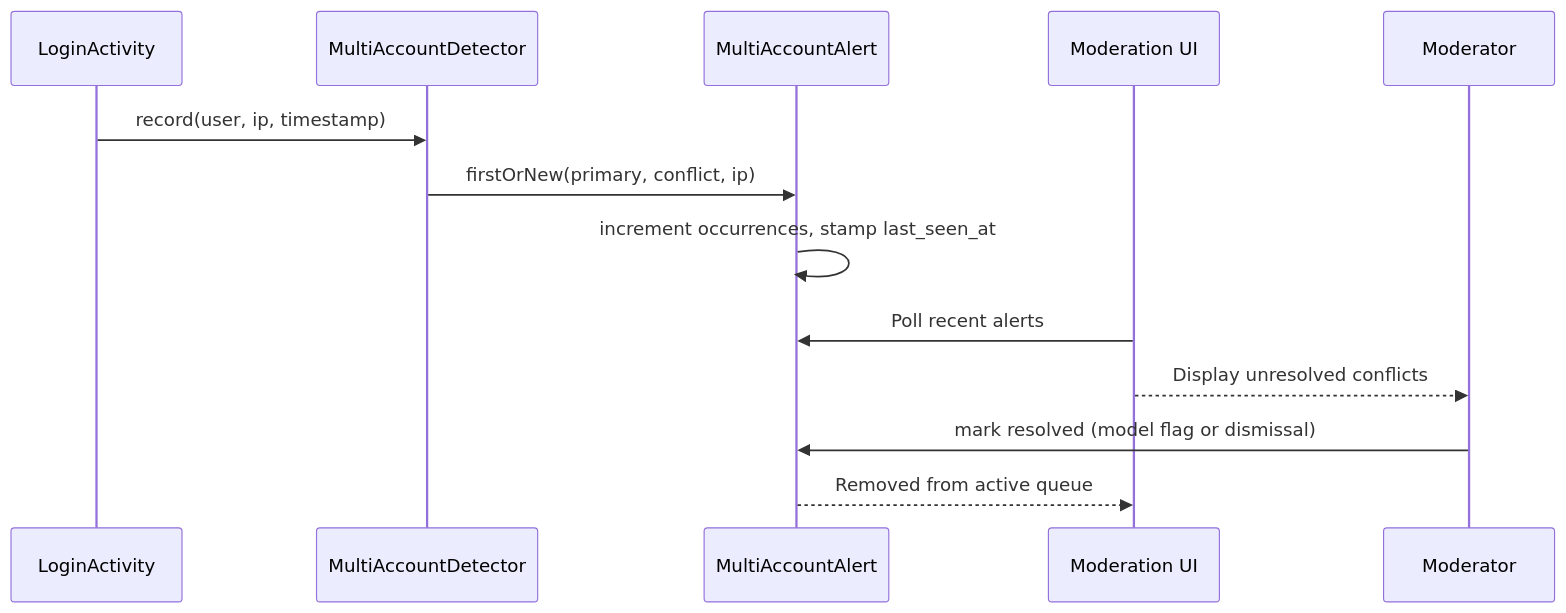
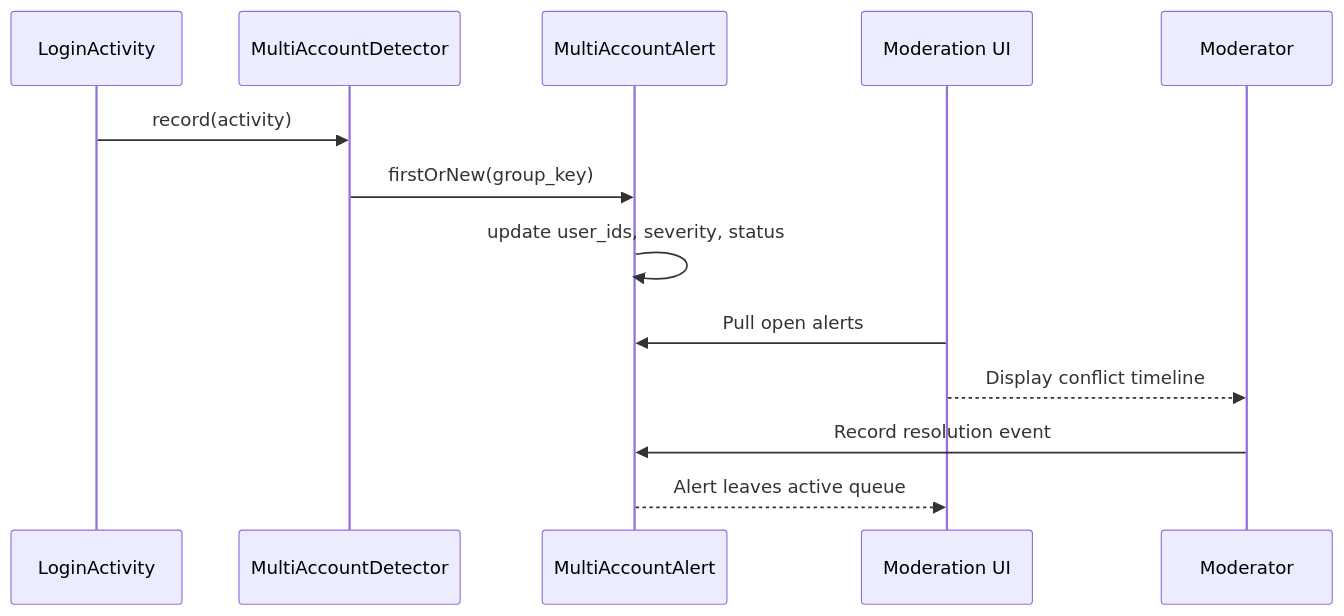
Before and after one commit to goleaf/traviant46.prus.dev: the fourth of 4 diagrams in README.md, drawn with Mermaid. The commit also changed other lines of this file and 16 other files, not shown here.

First line of the commit message:
Refactor DelegationRevoked Event and Enhance User Data Exports Migration

````diff
--- a/README.md
+++ b/README.md
@@ -105,15 +105,15 @@
 ```mermaid
 sequenceDiagram
     participant Login as LoginActivity
     participant Detector as MultiAccountDetector
     participant Alerts as MultiAccountAlert
     participant Moderation as Moderation UI
 
-    Login->>Detector: record(user, ip, timestamp)
-    Detector->>Alerts: firstOrNew(primary, conflict, ip)
-    Alerts->>Alerts: increment occurrences, stamp last_seen_at
-    Moderation->>Alerts: Poll recent alerts
-    Moderation-->>Moderator: Display unresolved conflicts
-    Moderator->>Alerts: mark resolved (model flag or dismissal)
-    Alerts-->>Moderation: Removed from active queue
+    Login->>Detector: record(activity)
+    Detector->>Alerts: firstOrNew(group_key)
+    Alerts->>Alerts: update user_ids, severity, status
+    Moderation->>Alerts: Pull open alerts
+    Moderation-->>Moderator: Display conflict timeline
+    Moderator->>Alerts: Record resolution event
+    Alerts-->>Moderation: Alert leaves active queue
 ```
````
